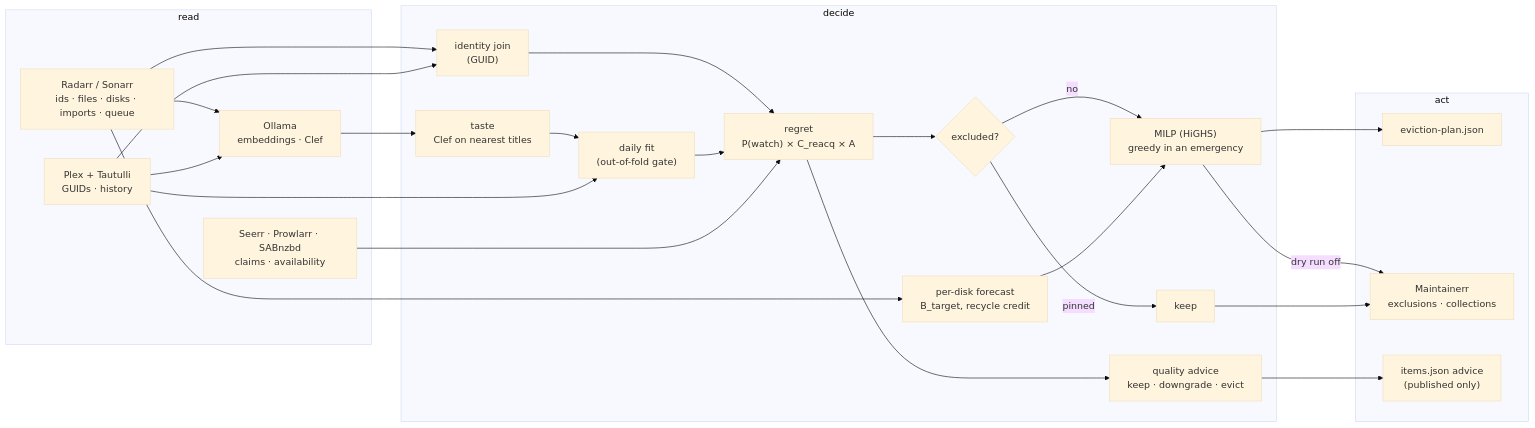
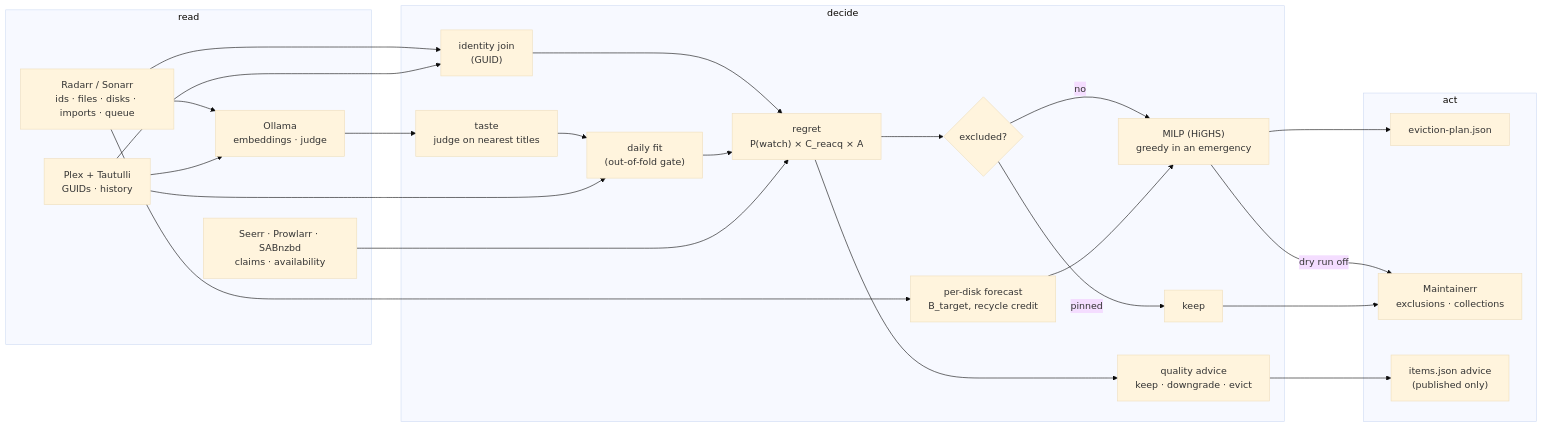
Before and after one commit to tobhoster/flinch: the diagram in docs/how-it-works.md, drawn with Mermaid (base theme). The commit also changed other lines of this file and 28 other files, not shown here.

Commit message:
Default to all-minilm vectors and the kev:4b-q4_K_M judge, name no judge in the prose, and refit when the fit's judge is not the configured one

````diff
--- a/docs/how-it-works.md
+++ b/docs/how-it-works.md
@@ -1499,36 +1502,36 @@
 ```mermaid
 flowchart LR
     subgraph IN["read"]
         ARR["Radarr / Sonarr<br/>ids · files · disks · imports · queue"]
         PX["Plex + Tautulli<br/>GUIDs · history"]
         EXT["Seerr · Prowlarr · SABnzbd<br/>claims · availability"]
-        EMB["Ollama<br/>embeddings · Clef"]
+        EMB["Ollama<br/>embeddings · judge"]
     end
     subgraph DECIDE["decide"]
         ID["identity join<br/>(GUID)"] --> REG["regret<br/>P(watch) × C_reacq × A"]
         REG --> EXC{"excluded?"}
         EXC -->|no| PLAN["MILP (HiGHS)<br/>greedy in an emergency"]
         EXC -->|pinned| KEEP["keep"]
         CAP["per-disk forecast<br/>B_target, recycle credit"] --> PLAN
         FIT["daily fit<br/>(out-of-fold gate)"] --> REG
-        TASTE["taste<br/>Clef on nearest titles"] --> FIT
+        TASTE["taste<br/>judge on nearest titles"] --> FIT
         REG --> QA["quality advice<br/>keep · downgrade · evict"]
     end
     subgraph OUT["act"]
         EP["eviction-plan.json"]
         MX["Maintainerr<br/>exclusions · collections"]
         QA_OUT["items.json advice<br/>(published only)"]
     end
     ARR --> ID
     PX --> ID
     PX --> FIT
     EXT --> REG
     ARR --> EMB
     PX --> EMB
     EMB --> TASTE
     ARR --> CAP
     PLAN --> EP
     PLAN -->|dry run off| MX
     KEEP --> MX
     QA --> QA_OUT
 ```
````
